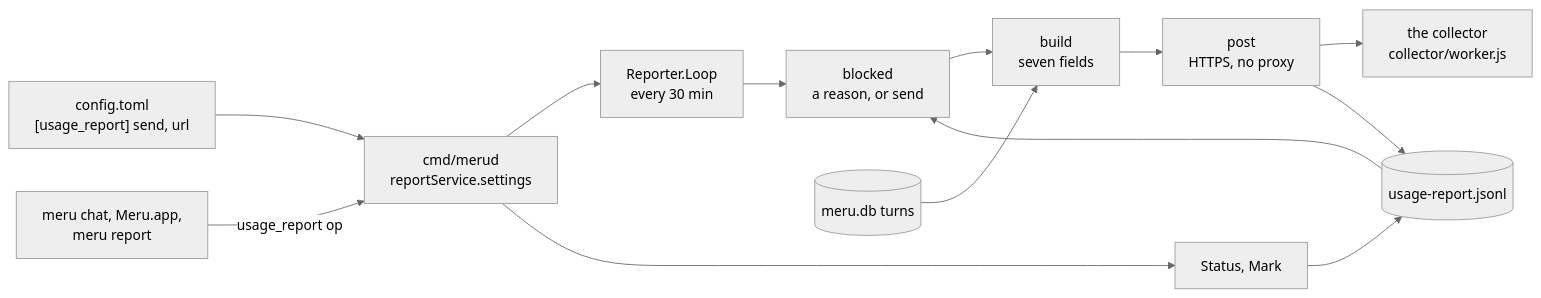
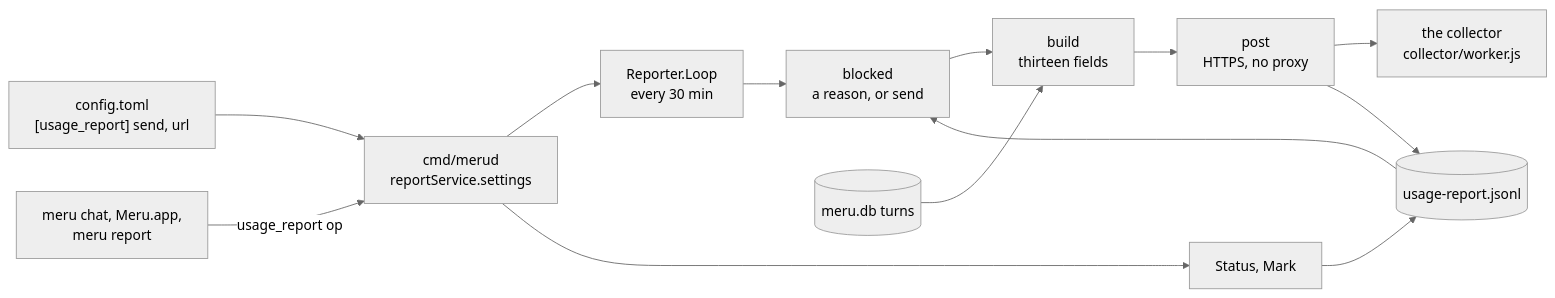
One commit to aarora79/meru changed the diagram in docs/coding-notes/usagereport.md. Above: the diagram before and after it, drawn with Mermaid (neutral theme). The commit also changed other lines of this file and 41 other files, not shown here.

````diff
--- a/docs/coding-notes/usagereport.md
+++ b/docs/coding-notes/usagereport.md
@@ -21,15 +21,15 @@
 ```mermaid
 flowchart LR
     cfg["config.toml<br/>[usage_report] send, url"] --> merud["cmd/merud<br/>reportService.settings"]
     merud --> loop["Reporter.Loop<br/>every 30 min"]
     loop --> rule["blocked<br/>a reason, or send"]
     file[("usage-report.jsonl")] --> rule
-    rule --> build["build<br/>seven fields"]
+    rule --> build["build<br/>thirteen fields"]
     db[("meru.db turns")] --> build
     build --> post["post<br/>HTTPS, no proxy"]
     post --> collector["the collector<br/>collector/worker.js"]
     post --> file
     clients["meru chat, Meru.app,<br/>meru report"] -->|usage_report op| merud
     merud --> status["Status, Mark"]
     status --> file
 ```
````
